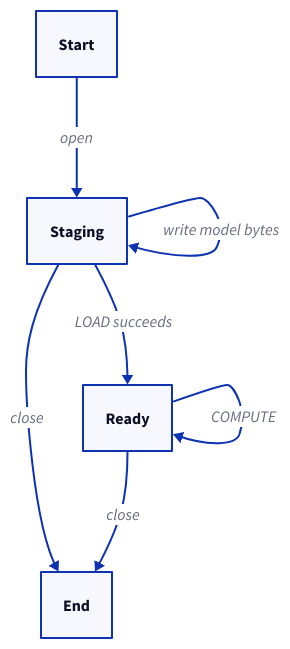
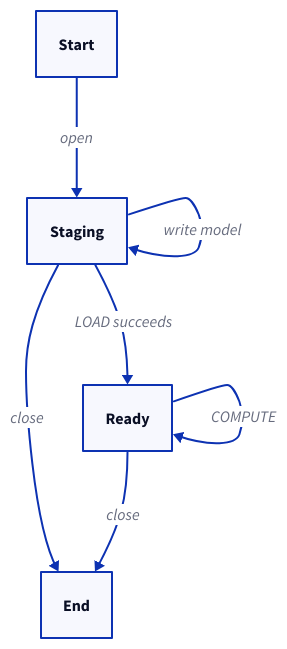
Before and after one commit to xila-project/website: the diagram in src/content/docs/explanation/architecture/libraries/neural_network.mdx, drawn with D2. The commit also changed 2 other files, not shown here.

Commit message:
docs(diagrams): simplify the testing, i18n and neural network diagrams
Draw one arrow from testing::initialize to the test environment frame
instead of arrows into each child, use a plain top-down chain for the
translation flow, and shorten the self-loop labels of the loader
descriptor lifecycle so that they do not touch the loop lines.

Part of #132

````diff
--- a/src/content/docs/explanation/architecture/libraries/neural_network.mdx
+++ b/src/content/docs/explanation/architecture/libraries/neural_network.mdx
@@ -22,13 +22,13 @@
 ```d2 title="Loader descriptor lifecycle"
 direction: down
 start: Start { class: component }
 staging: Staging { class: component }
 ready: Ready { class: component }
 end: End { class: component }
 start -> staging: open
-staging -> staging: write model bytes
+staging -> staging: write model
 staging -> ready: LOAD succeeds
 ready -> ready: COMPUTE
 staging -> end: close
 ready -> end: close
 ```
````
